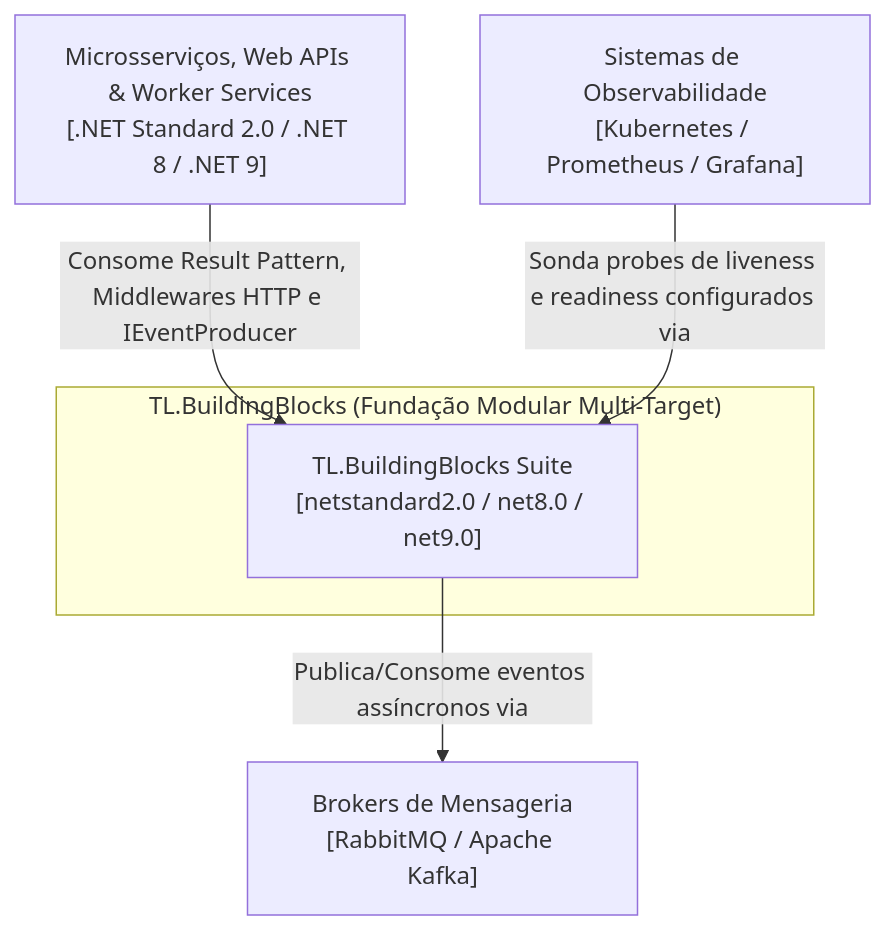
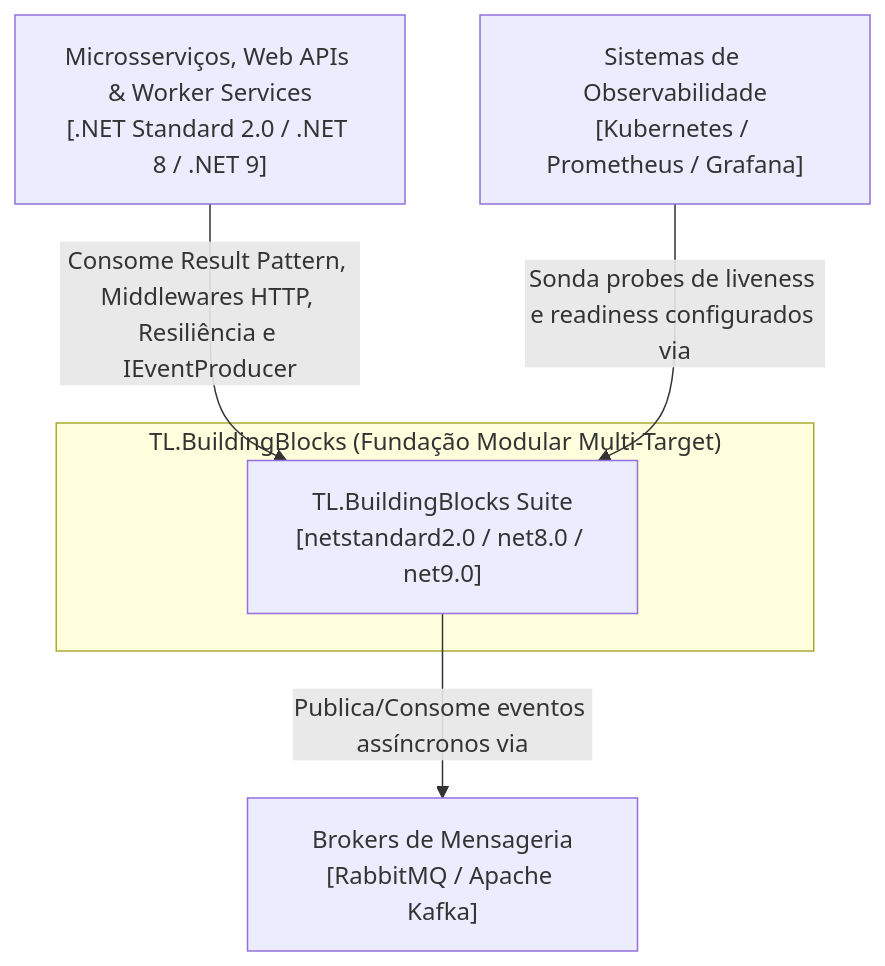
Before and after one commit to thaylonlopes/BuildingBlocks: the first of 2 diagrams in docs/arquitetura/visao-geral.md, drawn with Mermaid. The commit also changed other lines of this file and 4 other files, not shown here.

Commit message:
docs(architecture): atualizando documentacao

````diff
--- a/docs/arquitetura/visao-geral.md
+++ b/docs/arquitetura/visao-geral.md
@@ -21,14 +22,14 @@
 ```mermaid
 graph TD
     Client["Microsserviços, Web APIs & Worker Services<br/>[.NET Standard 2.0 / .NET 8 / .NET 9]"]
     Prometheus["Sistemas de Observabilidade<br/>[Kubernetes / Prometheus / Grafana]"]
     Brokers["Brokers de Mensageria<br/>[RabbitMQ / Apache Kafka]"]
 
     subgraph BuildingBlocksSystem ["TL.BuildingBlocks (Fundação Modular Multi-Target)"]
         BB["TL.BuildingBlocks Suite<br/>[netstandard2.0 / net8.0 / net9.0]"]
     end
 
-    Client -->|"Consome Result Pattern, Middlewares HTTP e IEventProducer"| BB
+    Client -->|"Consome Result Pattern, Middlewares HTTP, Resiliência e IEventProducer"| BB
     BB -->|"Publica/Consome eventos assíncronos via"| Brokers
     Prometheus -->|"Sonda probes de liveness e readiness configurados via"| BB
 ```
````
